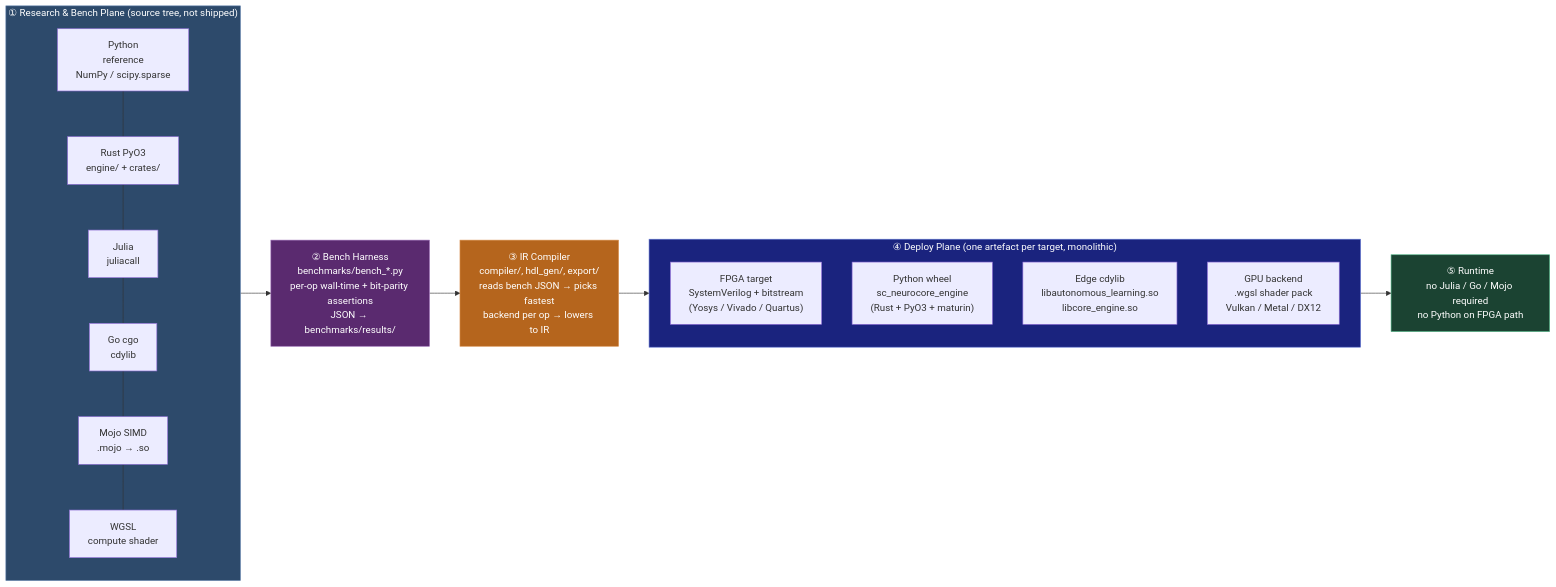
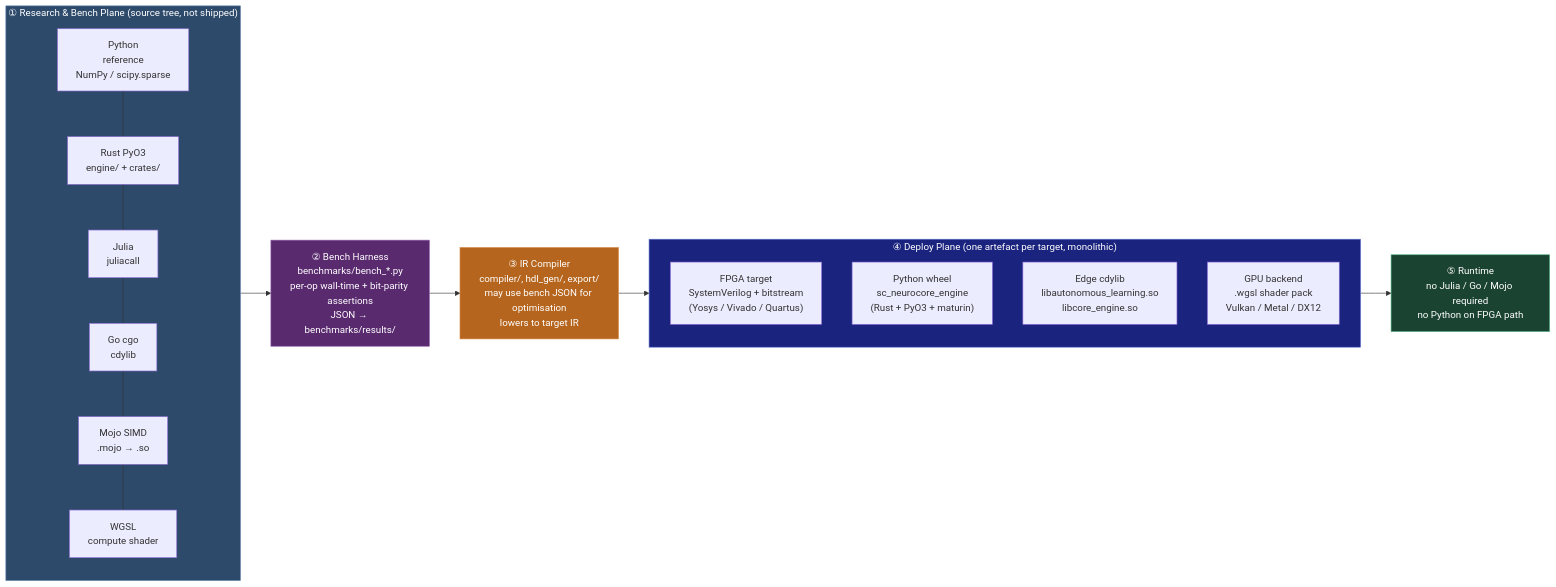
Before and after one commit to anulum/sc-neurocore: the first of 3 diagrams in README.md, drawn with Mermaid. The commit also changed other lines of this file and 77 other files, not shown here.

````diff
--- a/README.md
+++ b/README.md
@@ -117,36 +119,36 @@
 ```mermaid
 flowchart LR
     %% ===== Research / Bench Plane =====
     subgraph RESEARCH["① Research & Bench Plane (source tree, not shipped)"]
         direction TB
         PY[Python<br/>reference<br/>NumPy / scipy.sparse]
         RS[Rust PyO3<br/>engine/ + crates/]
         JL[Julia<br/>juliacall]
         GO[Go cgo<br/>cdylib]
         MJ[Mojo SIMD<br/>.mojo → .so]
         WG[WGSL<br/>compute shader]
         PY --- RS --- JL --- GO --- MJ --- WG
     end
 
     RESEARCH --> HARNESS["② Bench Harness<br/>benchmarks/bench_*.py<br/>per-op wall-time + bit-parity assertions<br/>JSON → benchmarks/results/"]
 
-    HARNESS --> IR["③ IR Compiler<br/>compiler/, hdl_gen/, export/<br/>reads bench JSON → picks fastest<br/>backend per op → lowers to IR"]
+    HARNESS --> IR["③ IR Compiler<br/>compiler/, hdl_gen/, export/<br/>may use bench JSON for optimisation<br/>lowers to target IR"]
 
     %% ===== Deploy Plane =====
     IR --> DEPLOY
     subgraph DEPLOY["④ Deploy Plane (one artefact per target, monolithic)"]
         direction TB
         FPGA["FPGA target<br/>SystemVerilog + bitstream<br/>(Yosys / Vivado / Quartus)"]
         WHEEL["Python wheel<br/>sc_neurocore_engine<br/>(Rust + PyO3 + maturin)"]
         EDGE["Edge cdylib<br/>libautonomous_learning.so<br/>libcore_engine.so"]
         GPU["GPU backend<br/>.wgsl shader pack<br/>Vulkan / Metal / DX12"]
     end
 
     DEPLOY --> RUN["⑤ Runtime<br/>no Julia / Go / Mojo required<br/>no Python on FPGA path"]
 
     style RESEARCH fill:#2d4a6b,color:#fff,stroke:#5b7ca8
     style HARNESS fill:#5a2a6f,color:#fff,stroke:#9b6bb5
     style IR fill:#b5651d,color:#fff,stroke:#d9904f
     style DEPLOY fill:#1a237e,color:#fff,stroke:#5c72d1
     style RUN fill:#1b4332,color:#fff,stroke:#52b788
 ```
````
